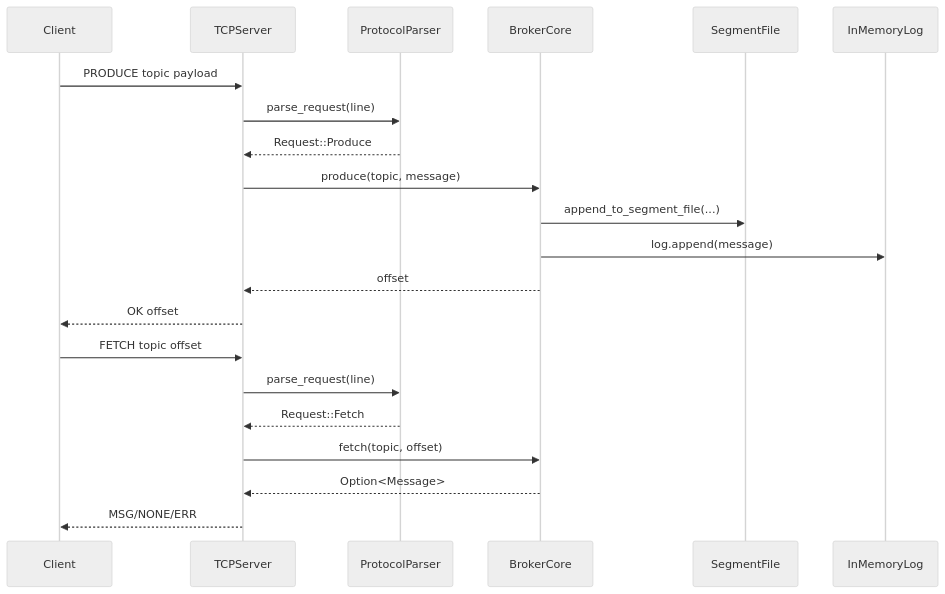
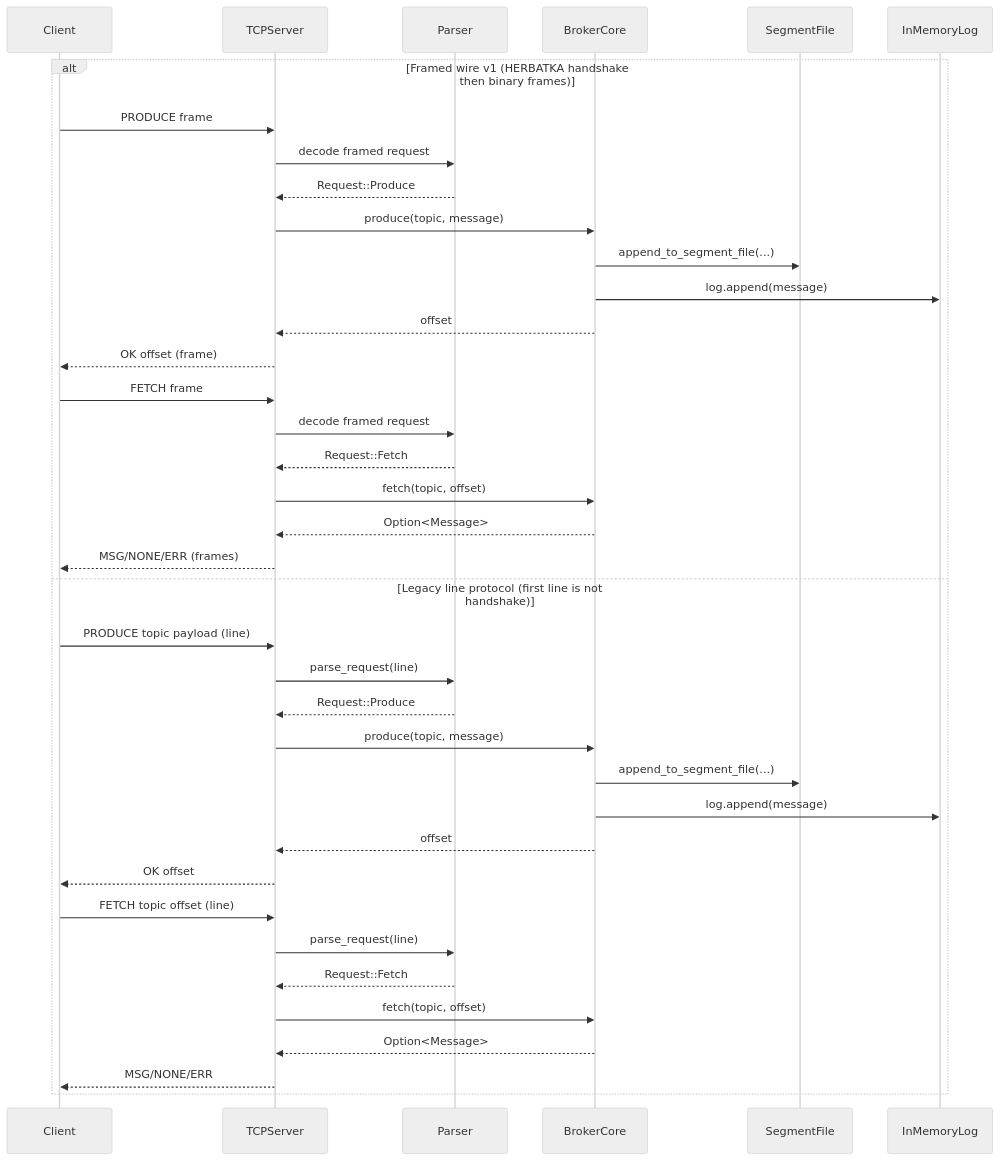
One commit to RunBerserk/herbatka changed the diagram in assets/diagrams/mmd/request-flow.mmd. Above: the diagram before and after it, drawn with Mermaid (neutral theme). The commit also changed 11 other files, not shown here.

First line of the commit message:
docs(diagrams): refresh Mermaid sources and SVG exports

```diff
--- a/assets/diagrams/mmd/request-flow.mmd
+++ b/assets/diagrams/mmd/request-flow.mmd
@@ -1,23 +1,39 @@
 sequenceDiagram
     participant C as Client
     participant S as TCPServer
-    participant P as ProtocolParser
+    participant P as Parser
     participant B as BrokerCore
     participant D as SegmentFile
     participant M as InMemoryLog
 
-    C->>S: PRODUCE topic payload
-    S->>P: parse_request(line)
-    P-->>S: Request::Produce
-    S->>B: produce(topic, message)
-    B->>D: append_to_segment_file(...)
-    B->>M: log.append(message)
-    B-->>S: offset
-    S-->>C: OK offset
-
-    C->>S: FETCH topic offset
-    S->>P: parse_request(line)
-    P-->>S: Request::Fetch
-    S->>B: fetch(topic, offset)
-    B-->>S: Option<Message>
-    S-->>C: MSG/NONE/ERR
+    alt Framed wire v1 (HERBATKA handshake then binary frames)
+        C->>S: PRODUCE frame
+        S->>P: decode framed request
+        P-->>S: Request::Produce
+        S->>B: produce(topic, message)
+        B->>D: append_to_segment_file(...)
+        B->>M: log.append(message)
+        B-->>S: offset
+        S-->>C: OK offset (frame)
+        C->>S: FETCH frame
+        S->>P: decode framed request
+        P-->>S: Request::Fetch
+        S->>B: fetch(topic, offset)
+        B-->>S: Option<Message>
+        S-->>C: MSG/NONE/ERR (frames)
+    else Legacy line protocol (first line is not handshake)
+        C->>S: PRODUCE topic payload (line)
+        S->>P: parse_request(line)
+        P-->>S: Request::Produce
+        S->>B: produce(topic, message)
+        B->>D: append_to_segment_file(...)
+        B->>M: log.append(message)
+        B-->>S: offset
+        S-->>C: OK offset
+        C->>S: FETCH topic offset (line)
+        S->>P: parse_request(line)
+        P-->>S: Request::Fetch
+        S->>B: fetch(topic, offset)
+        B-->>S: Option<Message>
+        S-->>C: MSG/NONE/ERR
+    end
```
